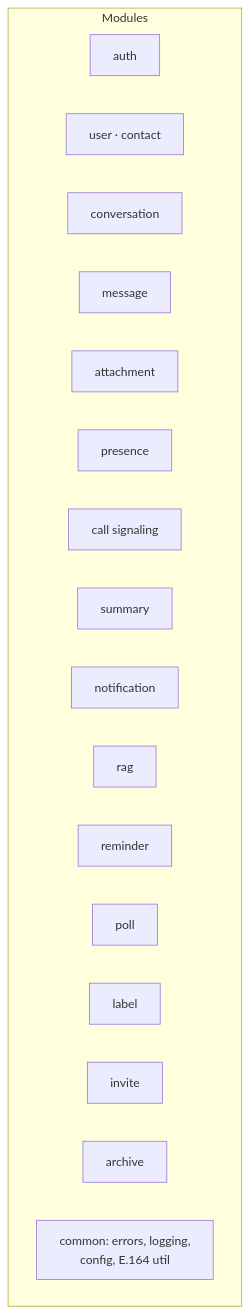
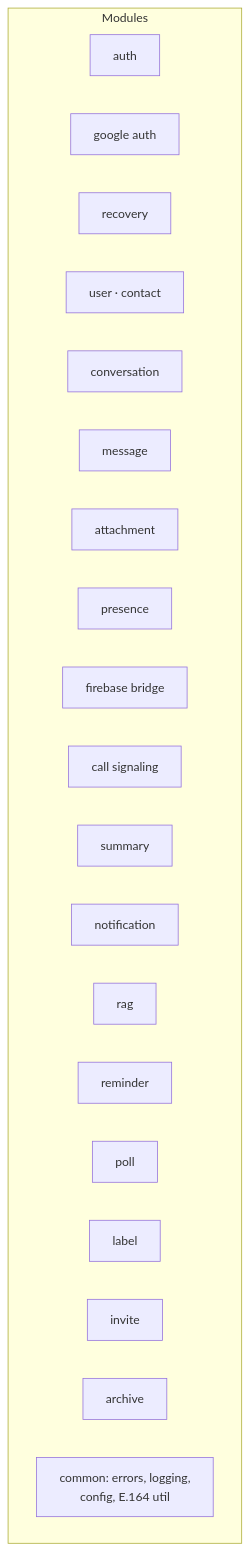
The second of 3 diagrams in docs/architecture.md (JasonTM17/Nexachat_AppJ), drawn with Mermaid before and after one commit. The commit also changed other lines of this file and 6 other files, not shown here.

````diff
--- a/docs/architecture.md
+++ b/docs/architecture.md
@@ -87,21 +91,24 @@
 ```mermaid
 flowchart TB
     subgraph Mod["Modules"]
         AUTH["auth"]
+        GOOGLE["google auth"]
+        RECOVERY["recovery"]
         USER["user · contact"]
         CONV["conversation"]
         MSG["message"]
         ATT["attachment"]
         PRES["presence"]
+        FIREBASE["firebase bridge"]
         CALL["call signaling"]
         SUM["summary"]
         NOTIF["notification"]
         RAG["rag"]
         REMINDER["reminder"]
         POLL["poll"]
         LABEL["label"]
         INVITE["invite"]
         ARCHIVE["archive"]
         COMMON["common: errors, logging,<br/>config, E.164 util"]
     end
 ```
````
